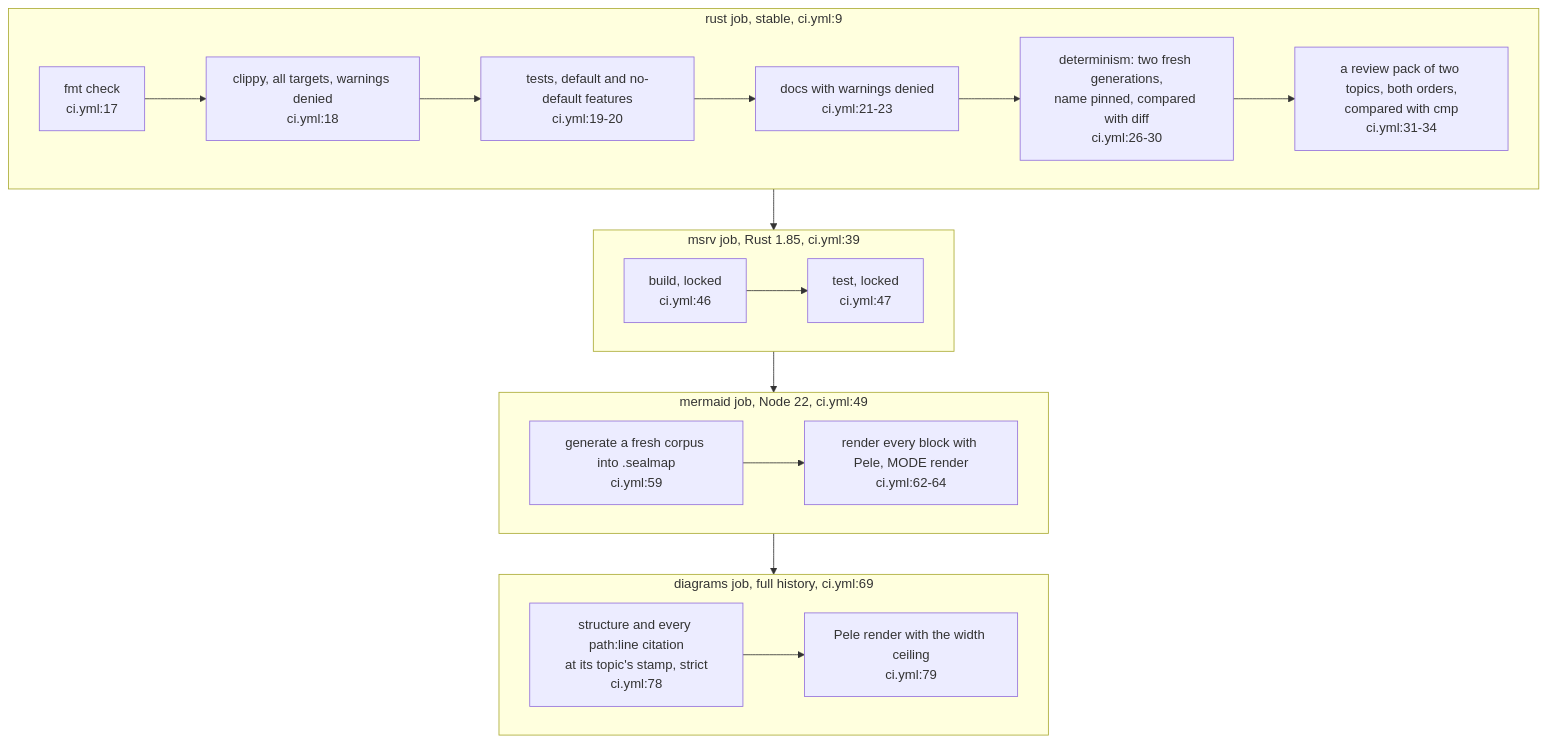
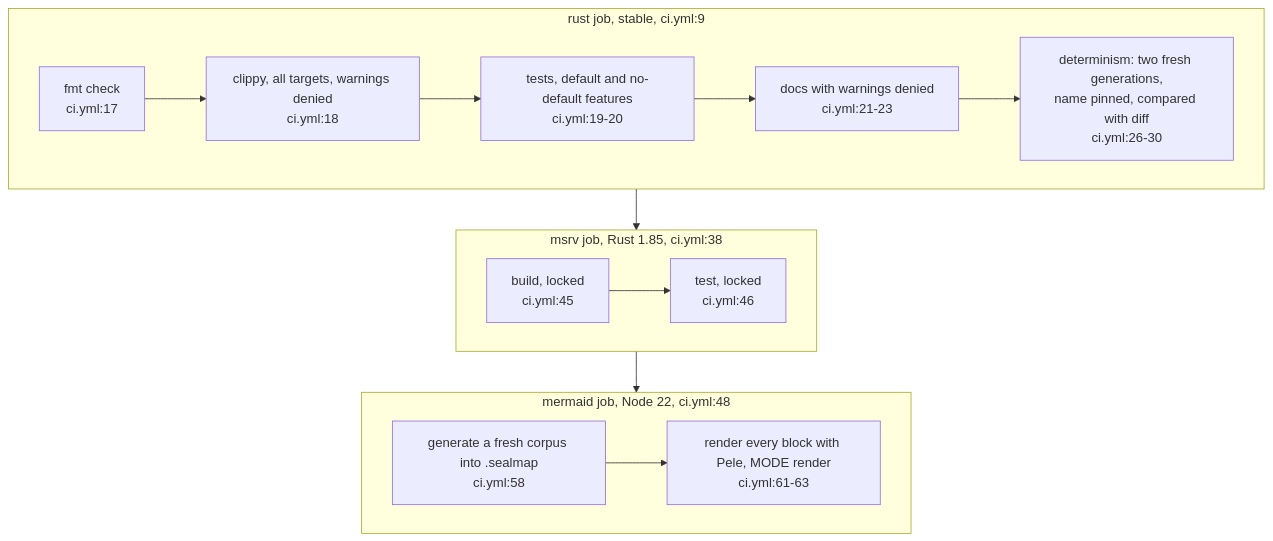
Before and after one commit to DreamLab-AI/VisionFlow: the first of 5 diagrams in docs/diagrams/sealmap/19-ci-msrv-and-determinism.md, drawn with Mermaid. The commit also changed other lines of this file and 59 other files, not shown here.

First line of the commit message:
docs(diagrams): re-derive and re-stamp forum, website, pod, ontomark and sealmap topics

````diff
--- a/docs/diagrams/sealmap/19-ci-msrv-and-determinism.md
+++ b/docs/diagrams/sealmap/19-ci-msrv-and-determinism.md
@@ -67,28 +70,22 @@
 ```mermaid
 flowchart TB
     subgraph RUST["rust job, stable, ci.yml:9"]
         R1["fmt check<br/>ci.yml:17"]
         R2["clippy, all targets, warnings denied<br/>ci.yml:18"]
         R3["tests, default and no-default features<br/>ci.yml:19-20"]
         R4["docs with warnings denied<br/>ci.yml:21-23"]
         R5["determinism: two fresh generations,<br/>name pinned, compared with diff<br/>ci.yml:26-30"]
-        R6["a review pack of two topics, both orders,<br/>compared with cmp<br/>ci.yml:31-34"]
-        R1 --> R2 --> R3 --> R4 --> R5 --> R6
+        R1 --> R2 --> R3 --> R4 --> R5
     end
-    subgraph MSRV["msrv job, Rust 1.85, ci.yml:39"]
-        M1["build, locked<br/>ci.yml:46"]
-        M2["test, locked<br/>ci.yml:47"]
+    subgraph MSRV["msrv job, Rust 1.85, ci.yml:38"]
+        M1["build, locked<br/>ci.yml:45"]
+        M2["test, locked<br/>ci.yml:46"]
         M1 --> M2
     end
-    subgraph MER["mermaid job, Node 22, ci.yml:49"]
-        X2["generate a fresh corpus into .sealmap<br/>ci.yml:59"]
-        X3["render every block with Pele, MODE render<br/>ci.yml:62-64"]
+    subgraph MER["mermaid job, Node 22, ci.yml:48"]
+        X2["generate a fresh corpus into .sealmap<br/>ci.yml:58"]
+        X3["render every block with Pele, MODE render<br/>ci.yml:61-63"]
         X2 --> X3
     end
-    subgraph DIA["diagrams job, full history, ci.yml:69"]
-        D1["structure and every path:line citation<br/>at its topic's stamp, strict<br/>ci.yml:78"]
-        D2["Pele render with the width ceiling<br/>ci.yml:79"]
-        D1 --> D2
-    end
-    RUST --> MSRV --> MER --> DIA
+    RUST --> MSRV --> MER
 ```
````
